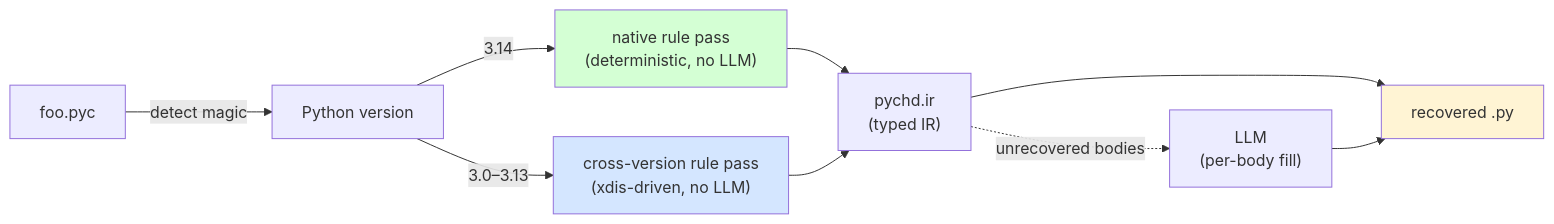
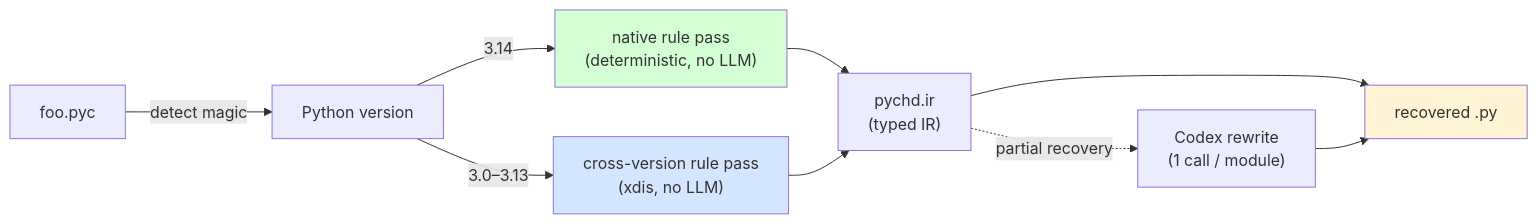
One commit to diohabara/pychd changed the diagram in README.md. Above: the diagram before and after it, drawn with Mermaid. The commit also changed other lines of this file and 17 other files, not shown here.

````diff
--- a/README.md
+++ b/README.md
@@ -186,13 +149,13 @@
 ```mermaid
 flowchart LR
     pyc["foo.pyc"] -- detect magic --> ver["Python version"]
     ver -- 3.14 --> nat["native rule pass<br/>(deterministic, no LLM)"]
-    ver -- "3.0–3.13" --> cv["cross-version rule pass<br/>(xdis-driven, no LLM)"]
+    ver -- "3.0–3.13" --> cv["cross-version rule pass<br/>(xdis, no LLM)"]
     nat --> ir["pychd.ir<br/>(typed IR)"]
     cv --> ir
-    ir -. unrecovered bodies .-> llm["LLM<br/>(per-body fill)"]
+    ir -. partial recovery .-> llm["Codex rewrite<br/>(1 call / module)"]
     ir & llm --> rec["recovered .py"]
     style nat fill:#d4ffd4
     style cv fill:#d4e6ff
     style rec fill:#fff4d4
 ```
````
